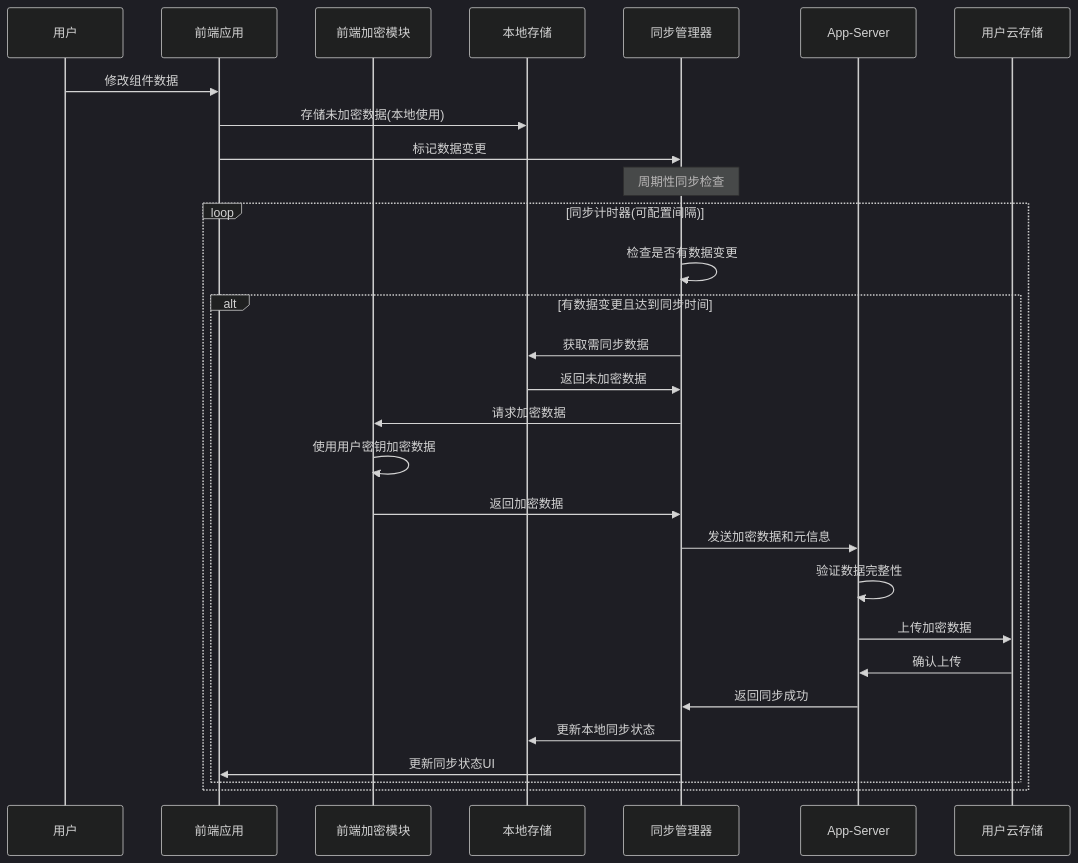
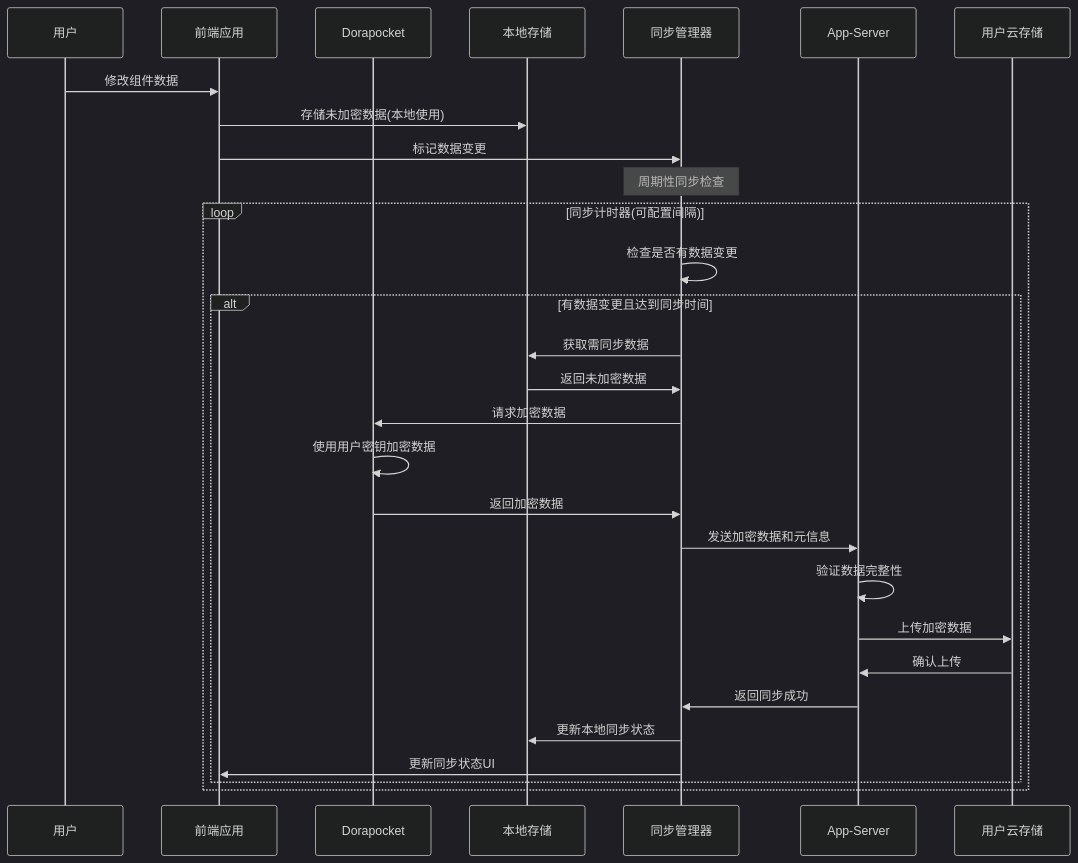
Before and after one commit to yingjianzh/iodraw-files: the diagram in all/未命名-34.md, drawn with Mermaid (dark theme).

Commit message:
2025-04-17 14:24:04 update

````diff
--- a/all/未命名-34.md
+++ b/all/未命名-34.md
@@ -1,35 +1,35 @@
 ```mermaid
 sequenceDiagram
     participant User as 用户
     participant Frontend as 前端应用
-    participant CryptoM as 前端加密模块
+    participant CryptoM as Dorapocket
     participant LocalDB as 本地存储
     participant SyncM as 同步管理器
     participant AppServer as App-Server
     participant UserCloud as 用户云存储
     
     User->>Frontend: 修改组件数据
     Frontend->>LocalDB: 存储未加密数据(本地使用)
     Frontend->>SyncM: 标记数据变更
     
     note over SyncM: 周期性同步检查
     
     loop 同步计时器(可配置间隔)
         SyncM->>SyncM: 检查是否有数据变更
         
         alt 有数据变更且达到同步时间
             SyncM->>LocalDB: 获取需同步数据
             LocalDB->>SyncM: 返回未加密数据
             SyncM->>CryptoM: 请求加密数据
             CryptoM->>CryptoM: 使用用户密钥加密数据
             CryptoM->>SyncM: 返回加密数据
             SyncM->>AppServer: 发送加密数据和元信息
             AppServer->>AppServer: 验证数据完整性
             AppServer->>UserCloud: 上传加密数据
             UserCloud->>AppServer: 确认上传
             AppServer->>SyncM: 返回同步成功
             SyncM->>LocalDB: 更新本地同步状态
             SyncM->>Frontend: 更新同步状态UI
         end
     end
 ```
````
